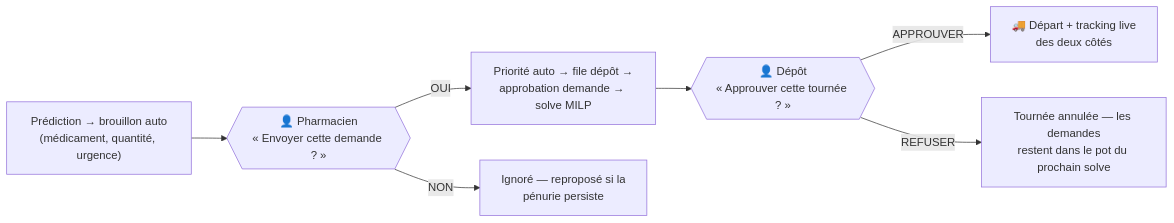
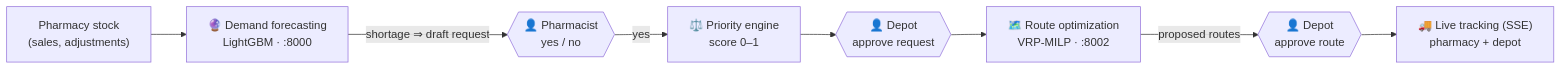
Before and after one commit to Omar-Amaraa/stockcare: the diagram in README.md, drawn with Mermaid. The commit also changed other lines of this file and 156 other files, not shown here.

First line of the commit message:
Restructure repo by engine, add priority engine code, rewrite README

````diff
--- a/README.md
+++ b/README.md
@@ -196,12 +37,10 @@
 ```mermaid
 flowchart LR
-    P1{{"👤 Pharmacien<br/>« Envoyer cette demande ? »"}}
-    P2{{"👤 Dépôt<br/>« Approuver cette tournée ? »"}}
-
-    AUTO1["Prédiction → brouillon auto<br/>(médicament, quantité, urgence)"] --> P1
-    P1 -->|"OUI"| AUTO2["Priorité auto → file dépôt →<br/>approbation demande → solve MILP"]
-    P1 -->|"NON"| REJ1["Ignoré — reproposé si la<br/>pénurie persiste"]
-    AUTO2 --> P2
-    P2 -->|"APPROUVER"| GO["🚚 Départ + tracking live<br/>des deux côtés"]
-    P2 -->|"REFUSER"| REJ2["Tournée annulée — les demandes<br/>restent dans le pot du prochain solve"]
+    STOCK["Pharmacy stock<br/>(sales, adjustments)"] --> F["🔮 Demand forecasting<br/>LightGBM · :8000"]
+    F -->|"shortage ⇒ draft request"| PH{{"👤 Pharmacist<br/>yes / no"}}
+    PH -->|yes| P["⚖️ Priority engine<br/>score 0–1"]
+    P --> DEP{{"👤 Depot<br/>approve request"}}
+    DEP --> R["🗺️ Route optimization<br/>VRP-MILP · :8002"]
+    R -->|"proposed routes"| DEP2{{"👤 Depot<br/>approve route"}}
+    DEP2 --> T["🚚 Live tracking (SSE)<br/>pharmacy + depot"]
 ```
````
